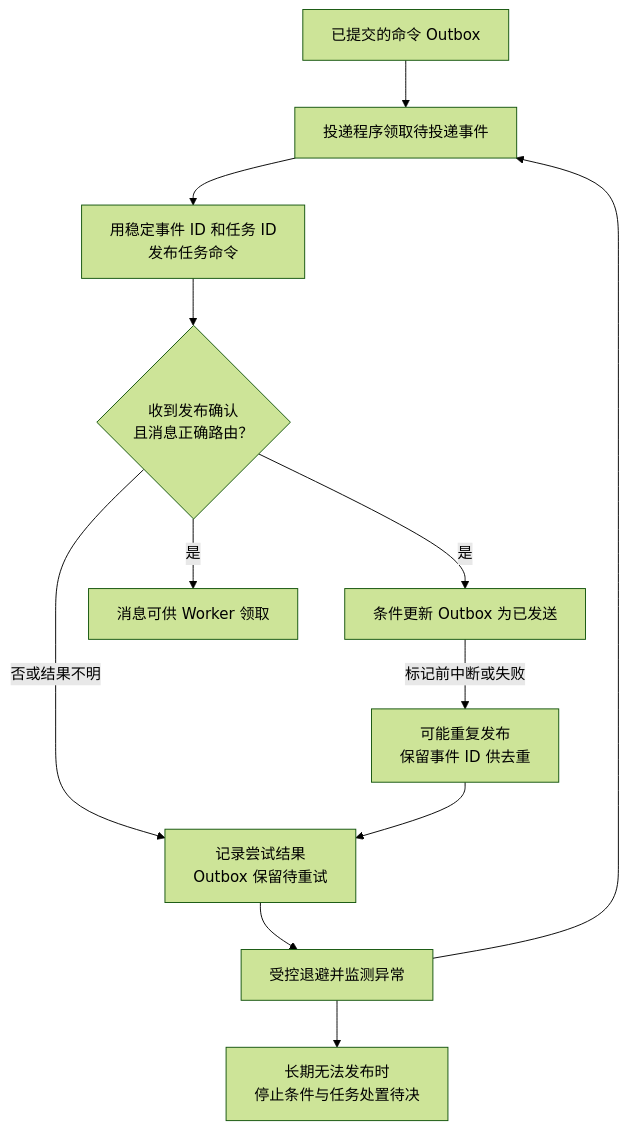
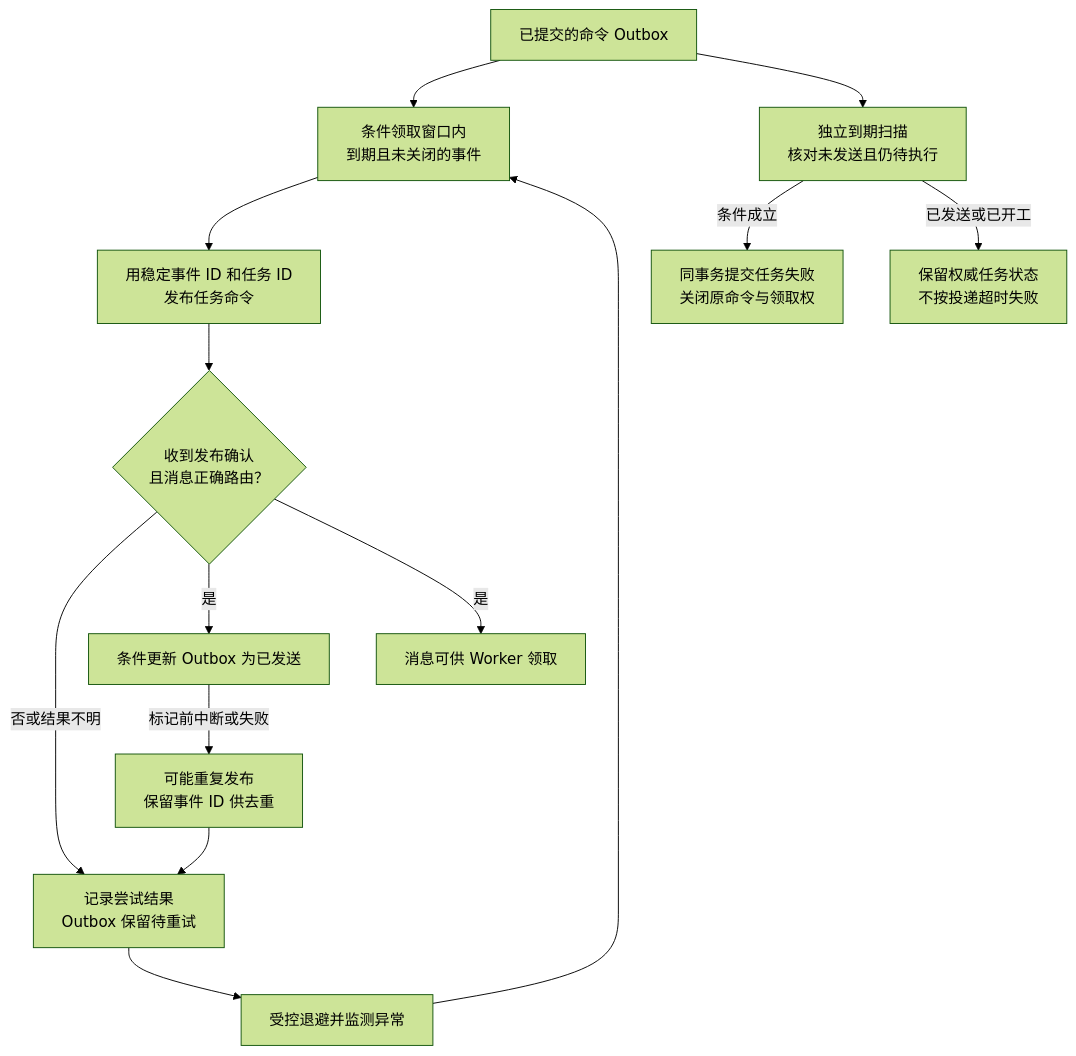
The third of 6 diagrams in DATA-FLOW.md (yxyxy666/export-flow), drawn with Mermaid (forest theme) before and after one commit. The commit also changed other lines of this file and 6 other files, not shown here.

````diff
--- a/DATA-FLOW.md
+++ b/DATA-FLOW.md
@@ -120,14 +120,16 @@
 ```mermaid
 flowchart TD
-  A[已提交的命令 Outbox] --> B[投递程序领取待投递事件]
+  A[已提交的命令 Outbox] --> B[条件领取窗口内<br/>到期且未关闭的事件]
   B --> C[用稳定事件 ID 和任务 ID<br/>发布任务命令]
   C --> D{收到发布确认<br/>且消息正确路由？}
   D -->|否或结果不明| H[记录尝试结果<br/>Outbox 保留待重试]
   H --> W[受控退避并监测异常]
   W --> B
-  W --> TBD[长期无法发布时<br/>停止条件与任务处置待决]
+  A --> T[独立到期扫描<br/>核对未发送且仍待执行]
+  T -->|条件成立| F[同事务提交任务失败<br/>关闭原命令与领取权]
+  T -->|已发送或已开工| KEEP[保留权威任务状态<br/>不按投递超时失败]
   D -->|是| M[条件更新 Outbox 为已发送]
   D -->|是| Q[消息可供 Worker 领取]
   M -->|标记前中断或失败| DUP[可能重复发布<br/>保留事件 ID 供去重]
   DUP --> H
 ```
````
